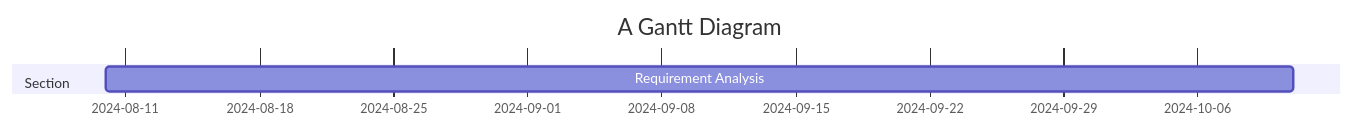
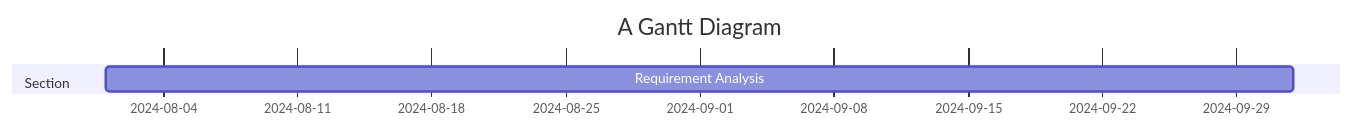
Before and after one commit to sayshelley/iodraw-files: the diagram in all/Code Gantt Chart.md, drawn with Mermaid.

Commit message:
2024-10-04 15:45:13 update

````diff
--- a/all/Code Gantt Chart.md
+++ b/all/Code Gantt Chart.md
@@ -1,11 +1,11 @@
 ```mermaid
 gantt
     title A Gantt Diagram
     dateFormat  YYYY-MM-DD
     section Section
-    Requirement Analysis        :a1, 2024-08-10, 62d
+    Requirement Analysis        :a1, 2024-08-, 62d
     
 
 
    
 ```
````
